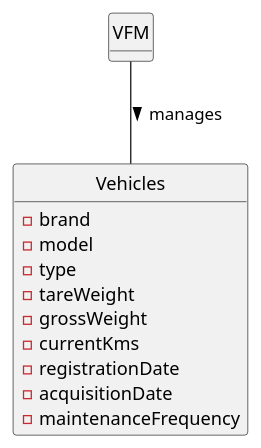
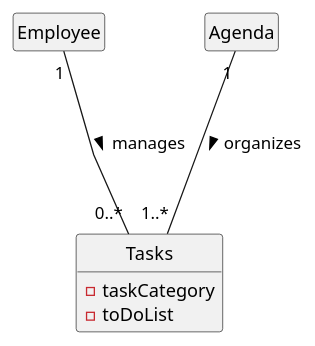
The diagram in docs/sprintC/us0025/02.analysis/puml/us25-domain-model.puml (Mendoncaa/LAPR2), drawn with PlantUML before and after one commit. The commit also changed 9 other files, not shown here.

```diff
--- a/docs/sprintC/us0025/02.analysis/puml/us25-domain-model.puml
+++ b/docs/sprintC/us0025/02.analysis/puml/us25-domain-model.puml
@@ -1,23 +1,23 @@
 @startuml
 
 hide methods
 hide circle
+hide empty attributes
+skinparam linetype polyline
 
-class VFM {
+
+class Employee {
 }
 
-class Vehicles {
-  - brand
-  - model
-  - type
-  - tareWeight
-  - grossWeight
-  - currentKms
-  - registrationDate
-  - acquisitionDate
-  - maintenanceFrequency
+class Tasks {
+  - taskCategory
+  - toDoList
 }
 
-VFM -- Vehicles : manages >
+class Agenda {
+}
+
+Employee "1"---"0..*" Tasks: manages >
+Agenda "1"---"1..*" Tasks : organizes >
 
 @enduml
```
